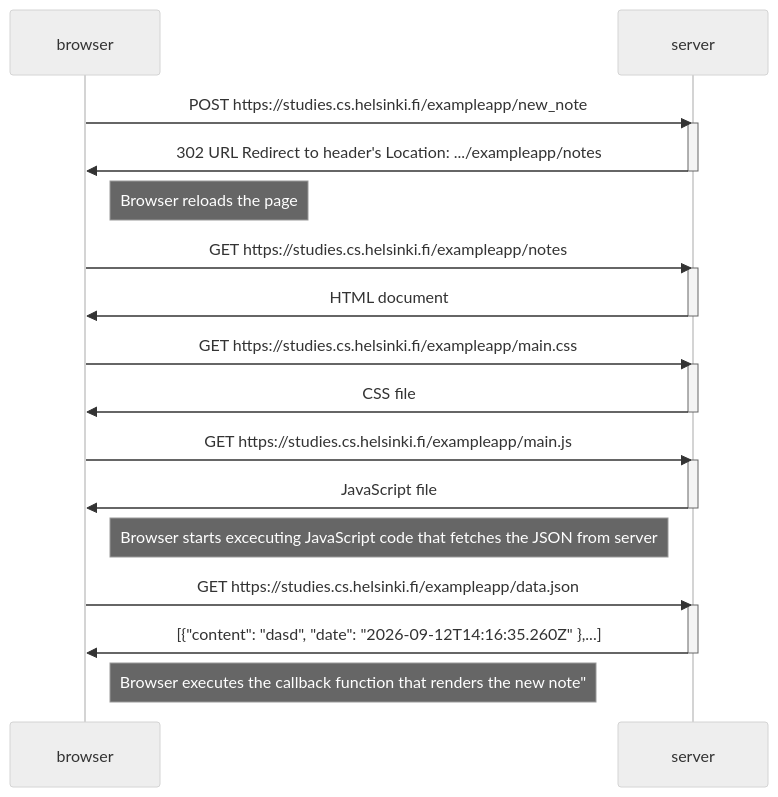
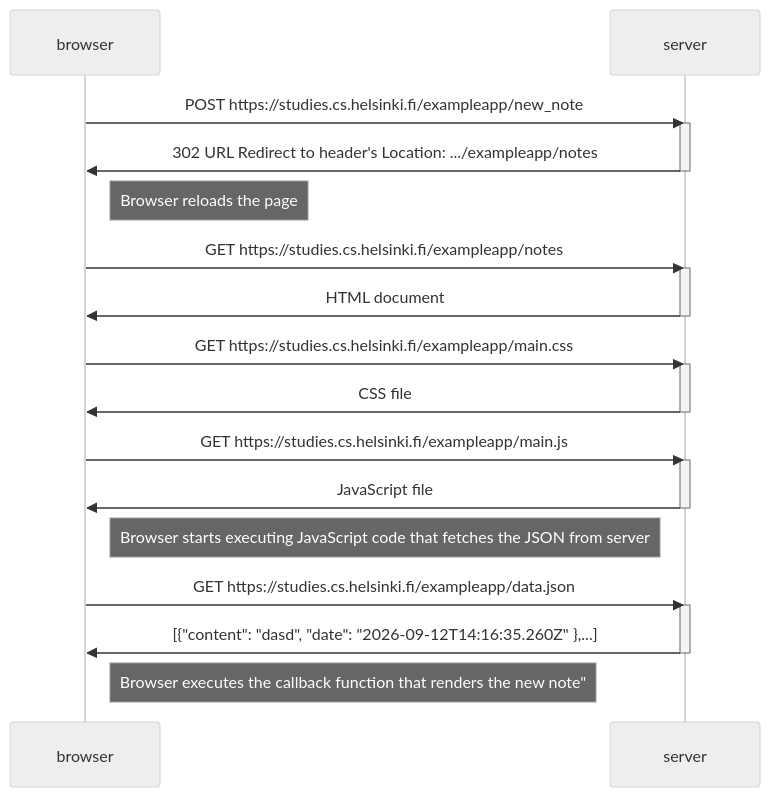
One commit to nvy-nguyen/FullStackOpen_Exercises changed the diagram in 0.4.md. Above: the diagram before and after it, drawn with Mermaid (neutral theme).

````diff
--- a/0.4.md
+++ b/0.4.md
@@ -1,38 +1,38 @@
 ```mermaid
 
 sequenceDiagram
   participant browser
   participant server
 
   browser->>server: POST https://studies.cs.helsinki.fi/exampleapp/new_note
   activate server
   server->>browser: 302 URL Redirect to header's Location: .../exampleapp/notes
   deactivate server
 
   Note right of browser: Browser reloads the page
 
   browser->>server: GET https://studies.cs.helsinki.fi/exampleapp/notes
   activate server
   server->>browser: HTML document
   deactivate server
 
   browser->>server: GET https://studies.cs.helsinki.fi/exampleapp/main.css
   activate server
   server->>browser: CSS file
   deactivate server
 
   browser->>server: GET https://studies.cs.helsinki.fi/exampleapp/main.js
   activate server
   server->>browser: JavaScript file
   deactivate server
 
-  Note right of browser: Browser starts excecuting JavaScript code that fetches the JSON from server
+  Note right of browser: Browser starts executing JavaScript code that fetches the JSON from server
 
   browser->>server: GET https://studies.cs.helsinki.fi/exampleapp/data.json
   activate server
   server->>browser: [{"content": "dasd", "date": "2026-09-12T14:16:35.260Z" },...]
   deactivate server
 
   Note right of browser: Browser executes the callback function that renders the new note"
   
 ```
````
